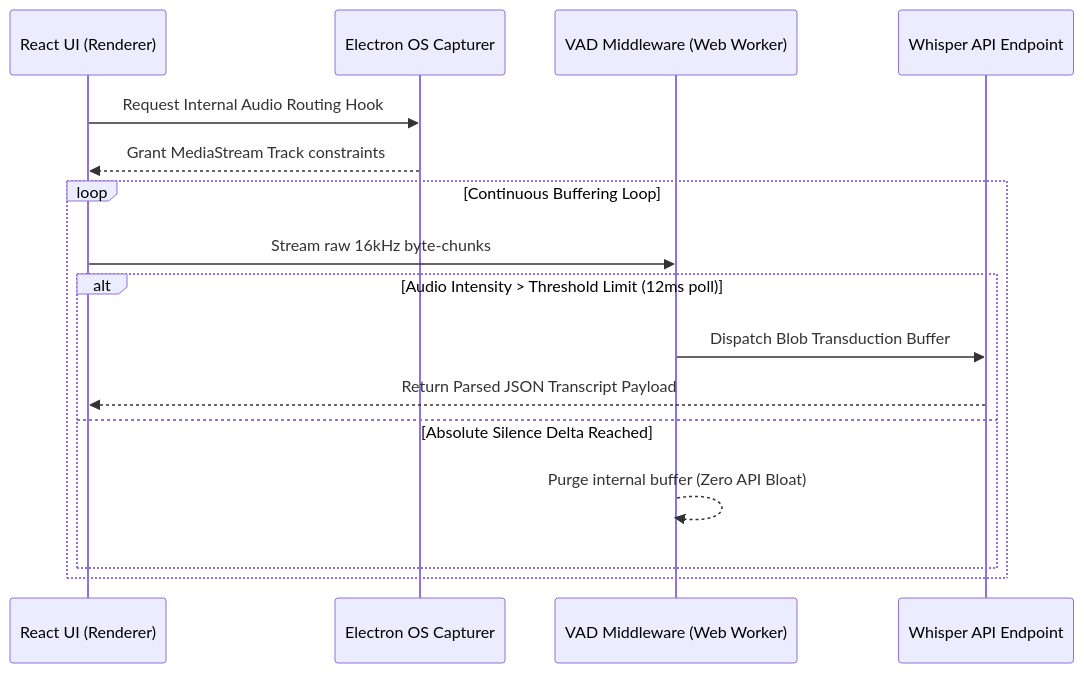
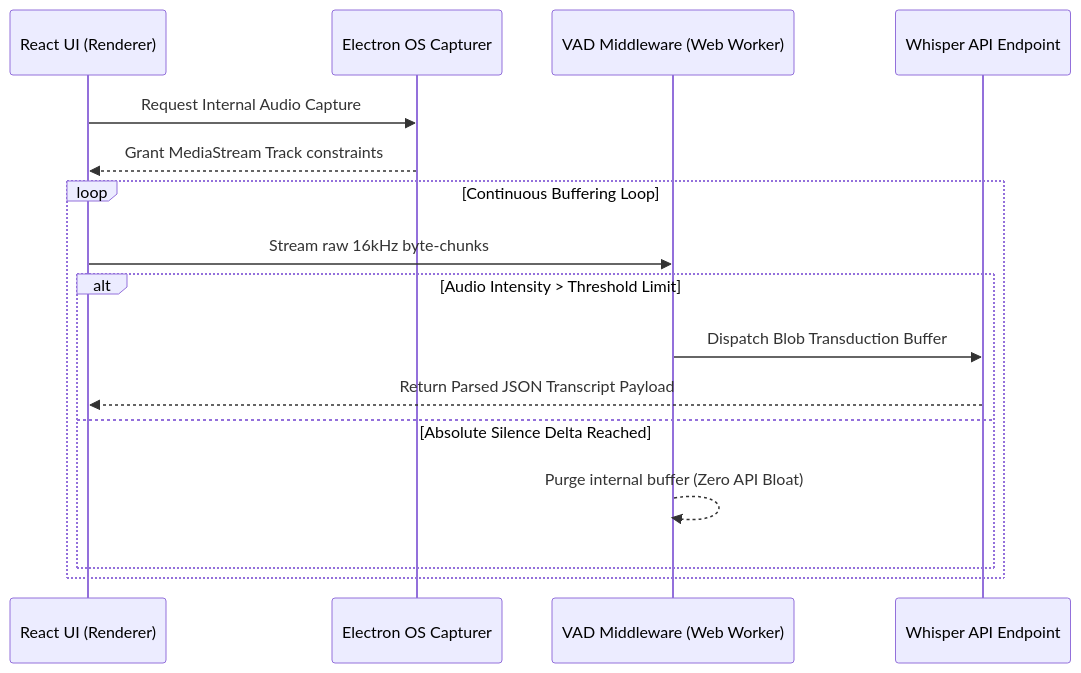
The second of 4 diagrams in README.md (ziademad02153/ZEDX-AI-Assistant), drawn with Mermaid before and after one commit. The commit also changed other lines of this file, not shown here.

````diff
--- a/README.md
+++ b/README.md
@@ -74,19 +77,19 @@
 ```mermaid
 sequenceDiagram
     participant UI as React UI (Renderer)
     participant OSE as Electron OS Capturer
     participant VAD as VAD Middleware (Web Worker)
     participant STT as Whisper API Endpoint
     
-    UI->>OSE: Request Internal Audio Routing Hook
+    UI->>OSE: Request Internal Audio Capture
     OSE-->>UI: Grant MediaStream Track constraints
     loop Continuous Buffering Loop
         UI->>VAD: Stream raw 16kHz byte-chunks
-        alt Audio Intensity > Threshold Limit (12ms poll)
+        alt Audio Intensity > Threshold Limit
             VAD->>STT: Dispatch Blob Transduction Buffer
             STT-->>UI: Return Parsed JSON Transcript Payload
         else Absolute Silence Delta Reached
             VAD-->>VAD: Purge internal buffer (Zero API Bloat)
         end
     end
 ```
````
